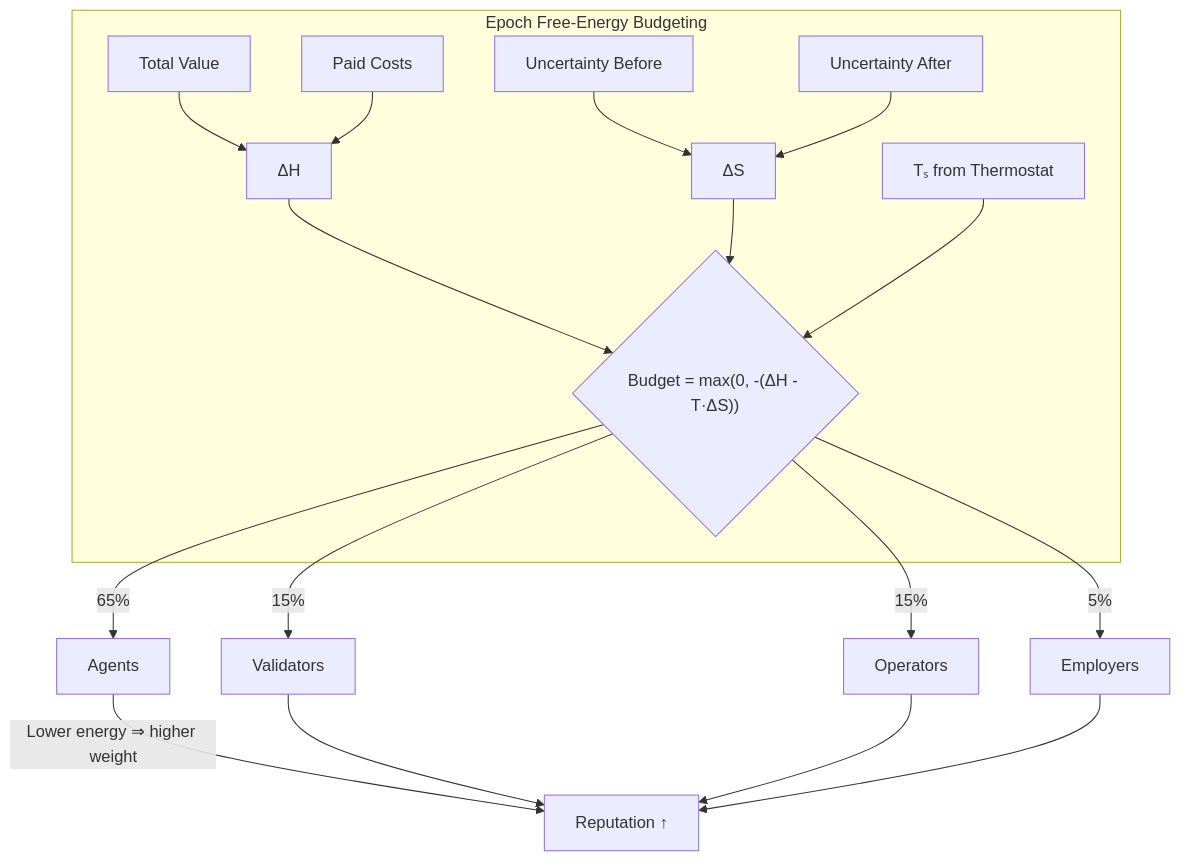
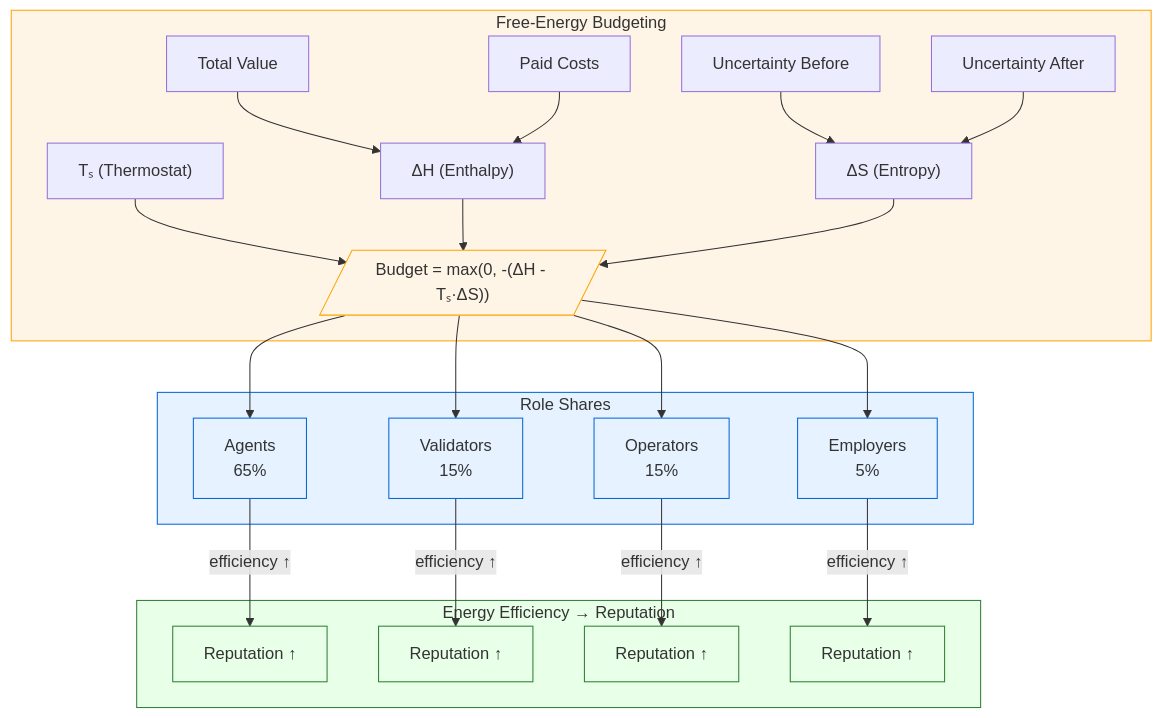
One commit to MontrealAI/AGIJobsv0 changed the diagram in README.md. Above: the diagram before and after it, drawn with Mermaid.

Commit message:
docs: clarify thermodynamic incentives

````diff
--- a/README.md
+++ b/README.md
@@ -58,20 +58,41 @@
 ```mermaid
 graph TD
-    subgraph "Epoch Free-Energy Budgeting"
-        value[Total Value] --> dH["ΔH"]
+    %% Free-Energy Budgeting
+    subgraph FE["Free-Energy Budgeting"]
+        value[Total Value] --> dH["ΔH (Enthalpy)"]
         costs[Paid Costs] --> dH
-        u_pre[Uncertainty Before] --> dS["ΔS"]
+        u_pre[Uncertainty Before] --> dS["ΔS (Entropy)"]
         u_post[Uncertainty After] --> dS
-        dH --> G{"Budget = max(0, -(ΔH - T·ΔS))"}
-        dS --> G
-        temp["Tₛ from Thermostat"] --> G
+        temp["Tₛ (Thermostat)"] --> budget[/"Budget = max(0, -(ΔH - Tₛ·ΔS))"/]
+        dH --> budget
+        dS --> budget
     end
-    G -->|"65%"| Agents
-    G -->|"15%"| Validators
-    G -->|"15%"| Operators
-    G -->|"5%"| Employers
-    Agents -->|"Lower energy ⇒ higher weight"| Rep["Reputation ↑"]
-    Validators --> Rep
-    Operators --> Rep
-    Employers --> Rep
+
+    %% Role Distribution
+    subgraph Roles["Role Shares"]
+        budget --> A["Agents\n65%"]
+        budget --> V["Validators\n15%"]
+        budget --> O["Operators\n15%"]
+        budget --> E["Employers\n5%"]
+    end
+
+    %% Reputation Incentives
+    subgraph Reputation["Energy Efficiency → Reputation"]
+        A -->|efficiency ↑| RA["Reputation ↑"]
+        V -->|efficiency ↑| RV["Reputation ↑"]
+        O -->|efficiency ↑| RO["Reputation ↑"]
+        E -->|efficiency ↑| RE["Reputation ↑"]
+    end
+
+    classDef budget fill:#fff5e6,stroke:#ffa200,stroke-width:1px;
+    classDef role fill:#e6f2ff,stroke:#0366d6,stroke-width:1px;
+    classDef rep fill:#e8ffe8,stroke:#2e7d32,stroke-width:1px;
+
+    class budget budget;
+    class A,V,O,E role;
+    class RA,RV,RO,RE rep;
+
+    style FE fill:#fff5e6,stroke:#ffa200,stroke-width:1px;
+    style Roles fill:#e6f2ff,stroke:#0366d6,stroke-width:1px;
+    style Reputation fill:#e8ffe8,stroke:#2e7d32,stroke-width:1px;
 ```
````
